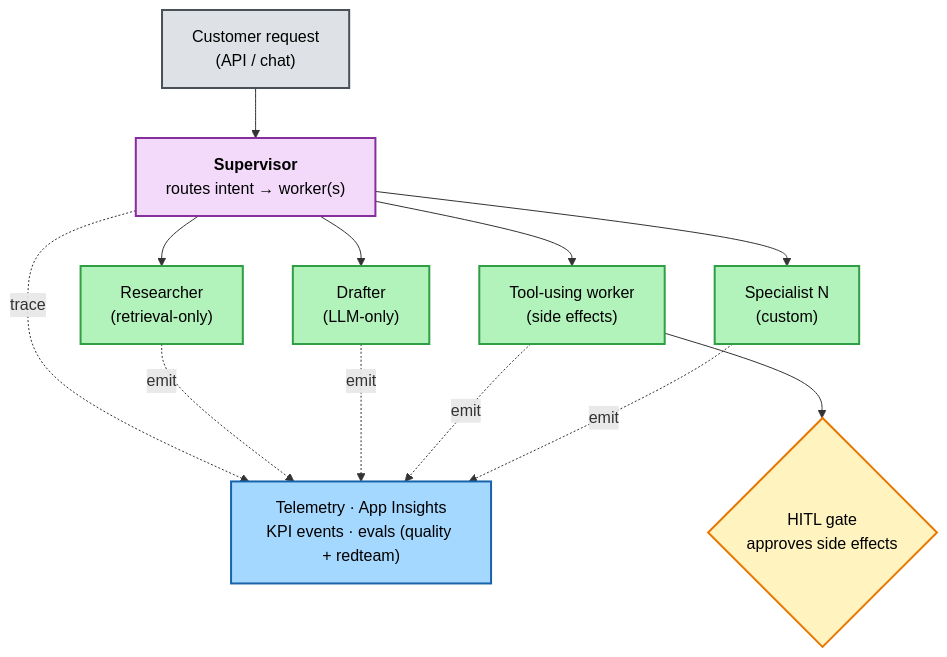
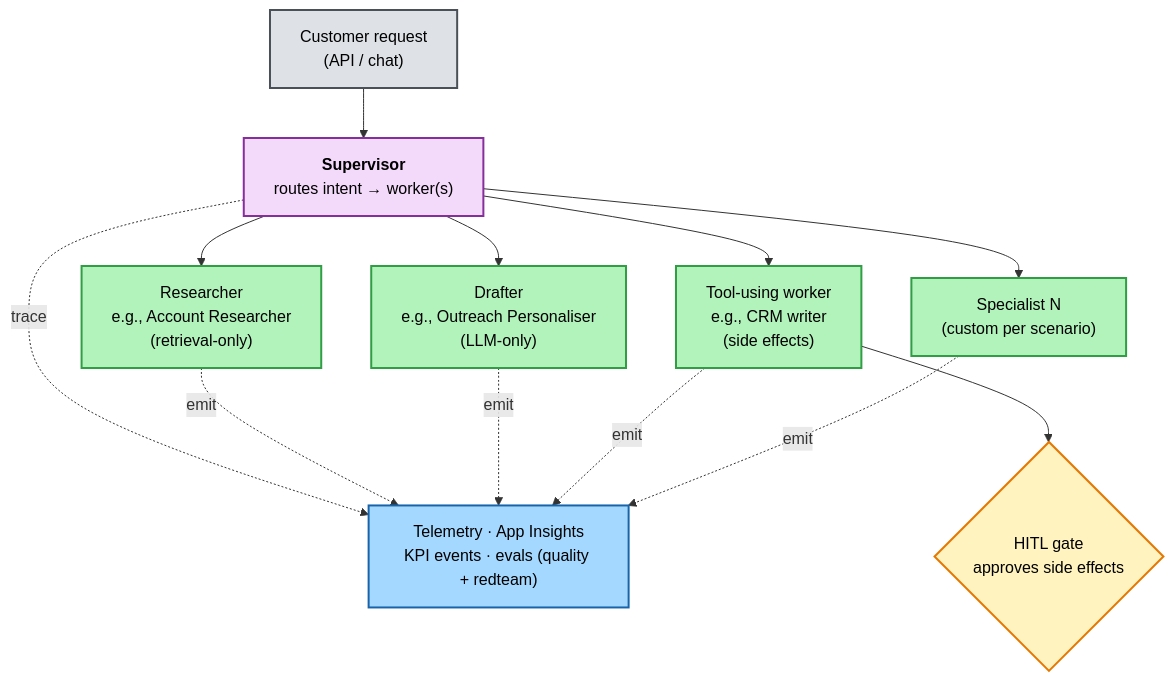
One commit to Azure-Samples/agentic-ai-solution-accelerator changed the diagram in docs/start/ready/01-get-oriented.md. Above: the diagram before and after it, drawn with Mermaid. The commit also changed other lines of this file and 6 other files, not shown here.

First line of the commit message:
docs: drop developer jargon (stdout, fan-out) and unify Get Oriented diagram

````diff
--- a/docs/start/ready/01-get-oriented.md
+++ b/docs/start/ready/01-get-oriented.md
@@ -38,20 +26,20 @@
 ```mermaid
 flowchart TB
     classDef user fill:#dee2e6,stroke:#495057,stroke-width:2px,color:#000
     classDef sup fill:#f3d9fa,stroke:#862e9c,stroke-width:2px,color:#000
     classDef worker fill:#b2f2bb,stroke:#2f9e44,stroke-width:2px,color:#000
     classDef hitl fill:#fff3bf,stroke:#e67700,stroke-width:2px,color:#000
     classDef tel fill:#a5d8ff,stroke:#1864ab,stroke-width:2px,color:#000
 
     U["Customer request<br/>(API / chat)"]:::user --> S["<b>Supervisor</b><br/>routes intent → worker(s)"]:::sup
-    S --> W1["Researcher<br/>(retrieval-only)"]:::worker
-    S --> W2["Drafter<br/>(LLM-only)"]:::worker
-    S --> W3["Tool-using worker<br/>(side effects)"]:::worker
-    S --> W4["Specialist N<br/>(custom)"]:::worker
+    S --> W1["Researcher<br/>e.g., Account Researcher<br/>(retrieval-only)"]:::worker
+    S --> W2["Drafter<br/>e.g., Outreach Personaliser<br/>(LLM-only)"]:::worker
+    S --> W3["Tool-using worker<br/>e.g., CRM writer<br/>(side effects)"]:::worker
+    S --> W4["Specialist N<br/>(custom per scenario)"]:::worker
     W3 --> H{"HITL gate<br/>approves side effects"}:::hitl
     S -. trace .-> T["Telemetry · App Insights<br/>KPI events · evals (quality + redteam)"]:::tel
     W1 -. emit .-> T
     W2 -. emit .-> T
     W3 -. emit .-> T
     W4 -. emit .-> T
 ```
````
